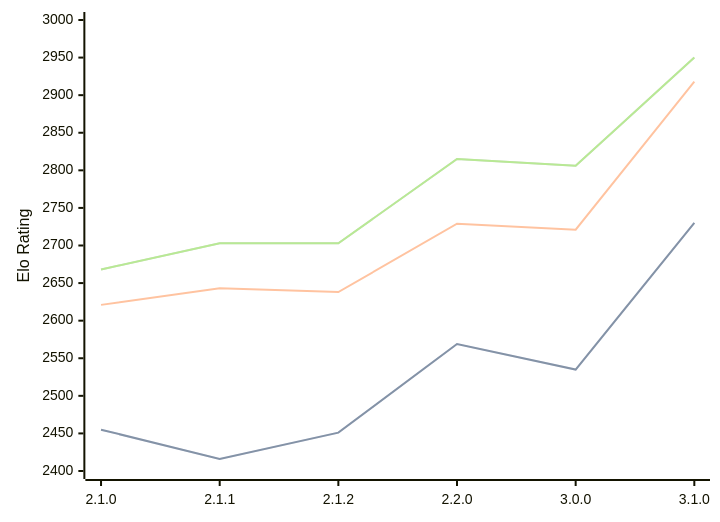
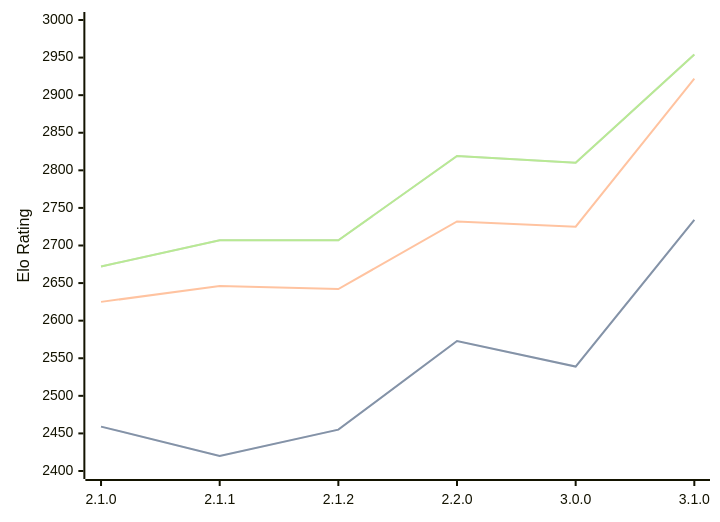
One commit to computer-chess-index/cci changed the diagram in engines/Prune.md. Above: the diagram before and after it, drawn with Mermaid. The commit also changed other lines of this file, not shown here.

Commit message:
Update CCI Ratings (ELO VLTC) - 2026-02-24

````diff
--- a/engines/Prune.md
+++ b/engines/Prune.md
@@ -38,11 +38,11 @@
 ```mermaid
 %%{init: {"theme":"base","themeVariables":{"seriesColors:['#a3a3a3','#222221','#faa371']}}}%%
 xychart-beta
   x-axis ["2.1.0", "2.1.1", "2.1.2", "2.2.0", "3.0.0", "3.1.0"]
   y-axis "Elo Rating" 2400 --> 3000
-  line "STC (8.0+0.08s)" [2455, 2416, 2451, 2569, 2535, 2730]
-  line "STC (8.0+0.08s)" [2455, 2416, 2451, 2569, 2535, 2730]
-  line "LTC (60.0+0.60s)" [2621, 2643, 2638, 2729, 2721, 2918]
-  line "VLTC (2m24s+1.12s)" [2668, 2703, 2703, 2815, 2806, 2950]
-  line "VLTC (2m24s+1.12s)" [2668, 2703, 2703, 2815, 2806, 2950]
+  line "STC (8.0+0.08s)" [2459, 2420, 2455, 2573, 2539, 2734]
+  line "STC (8.0+0.08s)" [2459, 2420, 2455, 2573, 2539, 2734]
+  line "LTC (60.0+0.60s)" [2625, 2646, 2642, 2732, 2725, 2922]
+  line "VLTC (2m24s+1.12s)" [2672, 2707, 2707, 2819, 2810, 2954]
+  line "VLTC (2m24s+1.12s)" [2672, 2707, 2707, 2819, 2810, 2954]
 ```
````
